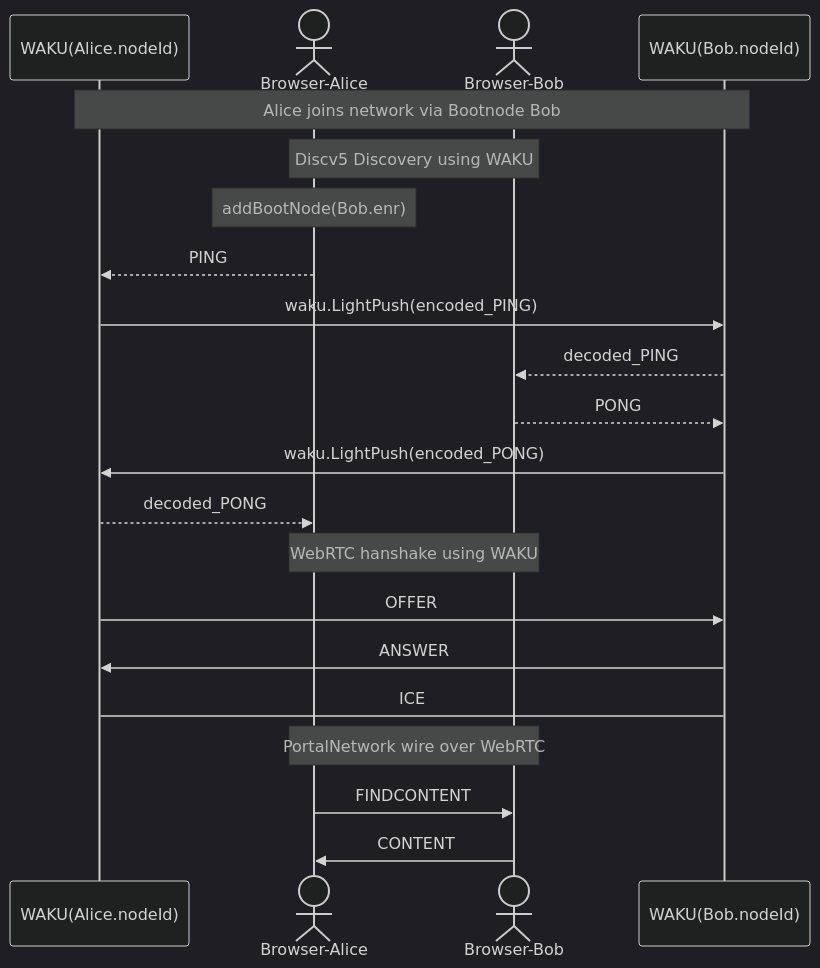
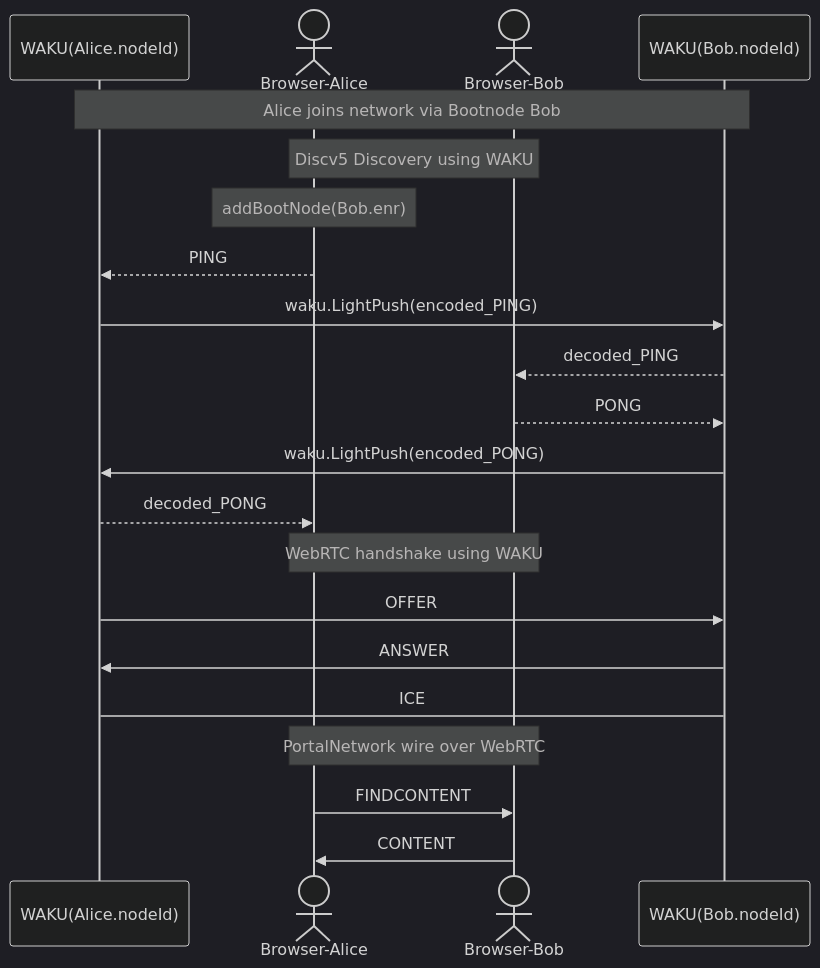
The fourth of 4 diagrams in packages/browser-client/docs/webrtc.md (ethereumjs/ultralight), drawn with Mermaid (dark theme) before and after one commit. The commit also changed 5 other files, not shown here.

````diff
--- a/packages/browser-client/docs/webrtc.md
+++ b/packages/browser-client/docs/webrtc.md
@@ -78,23 +78,23 @@
 ```mermaid
 sequenceDiagram
     participant wa as WAKU(Alice.nodeId)
     actor a as Browser-Alice
     actor b as Browser-Bob
     participant wb as WAKU(Bob.nodeId)
     Note over wa,wb: Alice joins network via Bootnode Bob
     Note over a,b: Discv5 Discovery using WAKU
     Note over a: addBootNode(Bob.enr)
     a-->>wa: PING
     wa->>wb: waku.LightPush(encoded_PING)
     wb-->>b: decoded_PING
     b-->>wb: PONG
     wb->>wa: waku.LightPush(encoded_PONG)
     wa-->>a: decoded_PONG
-    Note over a,b: WebRTC hanshake using WAKU
+    Note over a,b: WebRTC handshake using WAKU
     wa->>wb: OFFER
     wb->>wa: ANSWER
     wa->wb: ICE
     Note over a,b: PortalNetwork wire over WebRTC
     a->>b: FINDCONTENT
     b->>a: CONTENT
 ```
````
